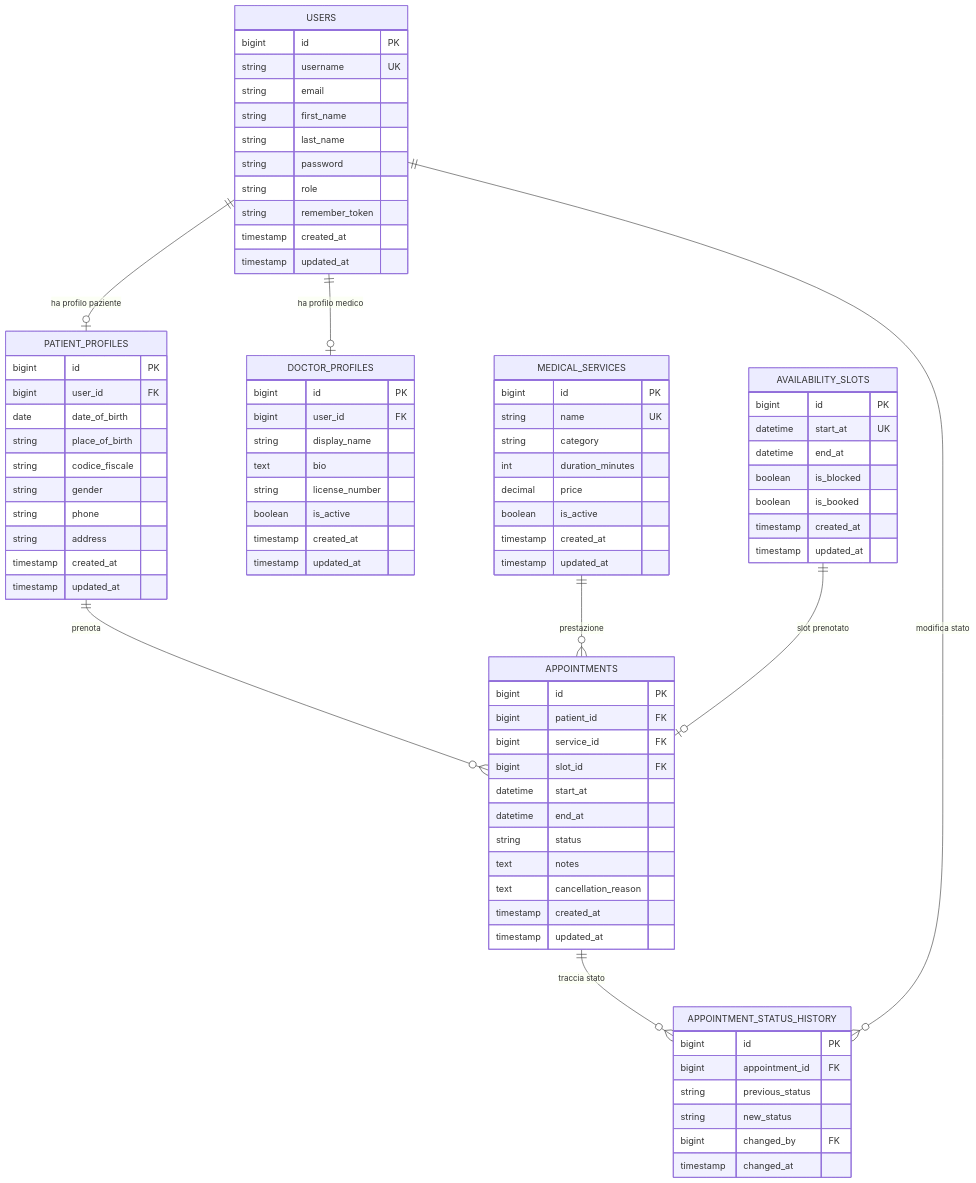
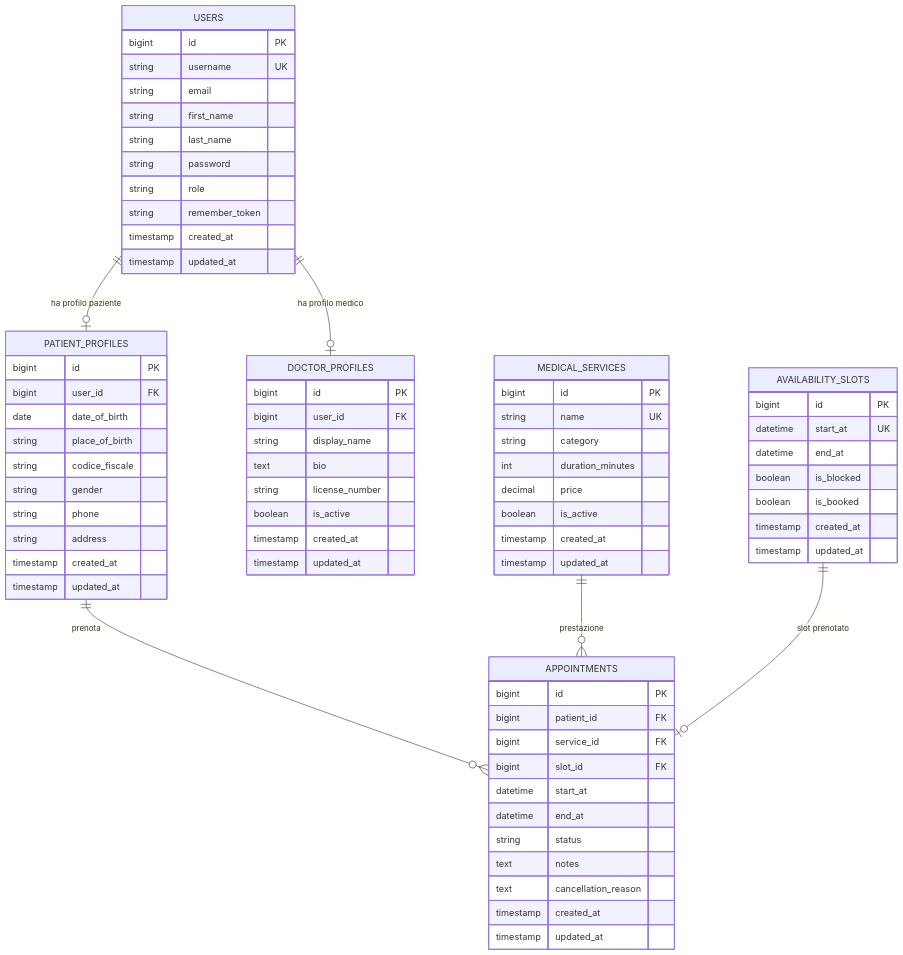
One commit to brahimgrr/Prenoting changed the diagram in docs/er-diagram.md. Above: the diagram before and after it, drawn with Mermaid. The commit also changed 10 other files, not shown here.

First line of the commit message:
chore: remove unused appointment_status_history table

````diff
--- a/docs/er-diagram.md
+++ b/docs/er-diagram.md
@@ -76,20 +76,9 @@
     timestamp updated_at
   }
 
-  APPOINTMENT_STATUS_HISTORY {
-    bigint id PK
-    bigint appointment_id FK
-    string previous_status
-    string new_status
-    bigint changed_by FK
-    timestamp changed_at
-  }
-
   USERS ||--o| PATIENT_PROFILES : "ha profilo paziente"
   USERS ||--o| DOCTOR_PROFILES : "ha profilo medico"
   PATIENT_PROFILES ||--o{ APPOINTMENTS : "prenota"
   MEDICAL_SERVICES ||--o{ APPOINTMENTS : "prestazione"
   AVAILABILITY_SLOTS ||--o| APPOINTMENTS : "slot prenotato"
-  APPOINTMENTS ||--o{ APPOINTMENT_STATUS_HISTORY : "traccia stato"
-  USERS ||--o{ APPOINTMENT_STATUS_HISTORY : "modifica stato"
 ```
````
